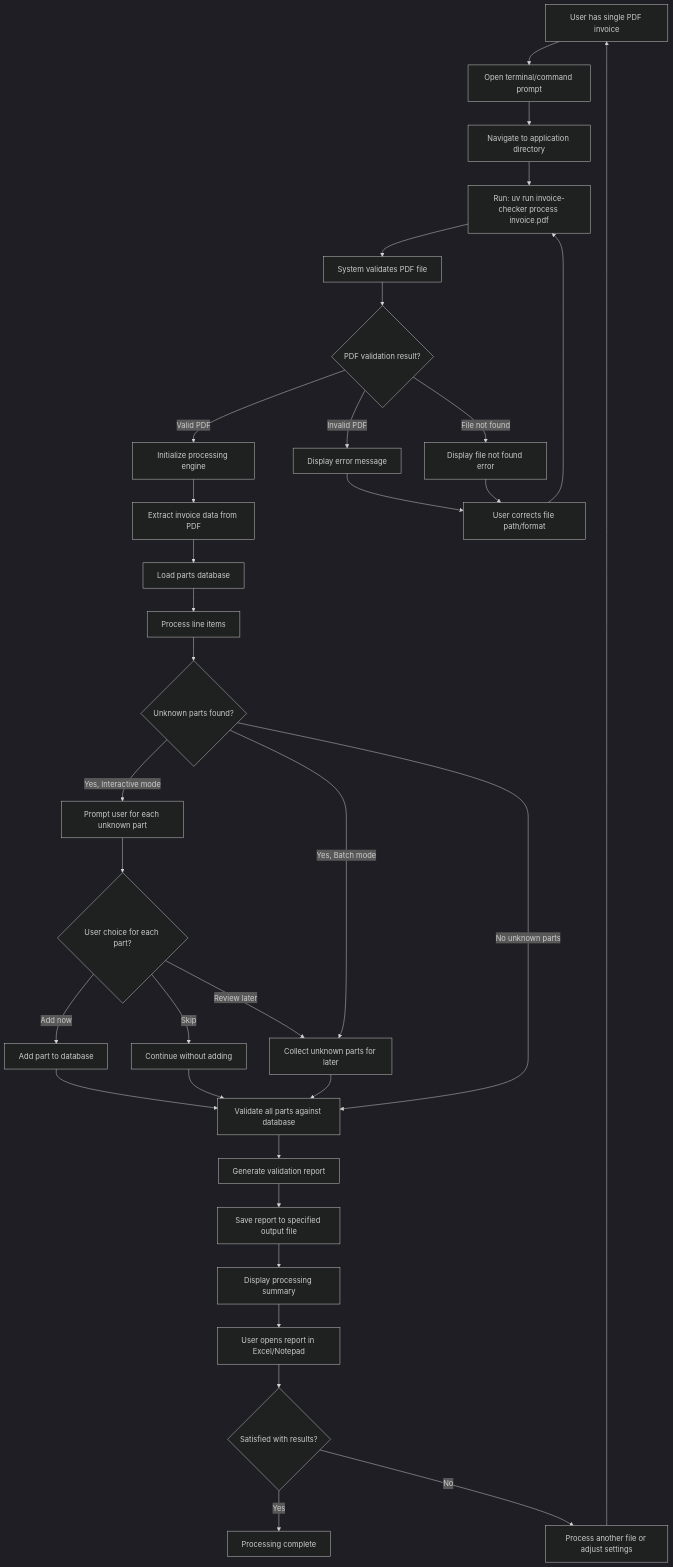
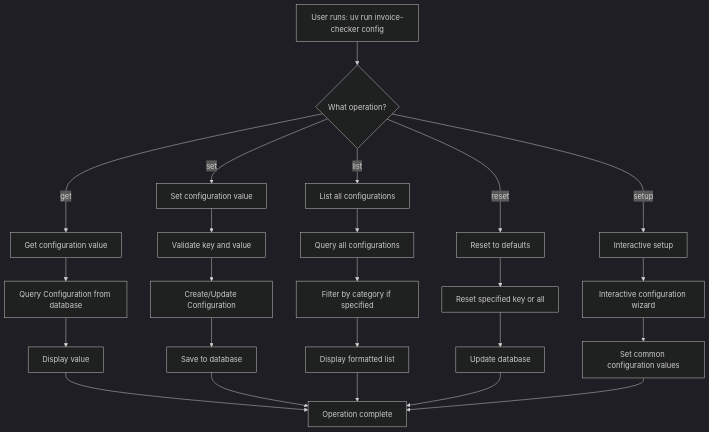
The sixth of 7 diagrams in docs/USER_FLOWS.md (Nuosis/invoice_line_cost_detection), drawn with Mermaid (dark theme) before and after one commit. The commit also changed other lines of this file and 71 other files, not shown here.

````diff
--- a/docs/USER_FLOWS.md
+++ b/docs/USER_FLOWS.md
@@ -228,44 +203,32 @@
 ```mermaid
 flowchart TD
-    A[User has single PDF invoice] --> B[Open terminal/command prompt]
-    B --> C[Navigate to application directory]
-    C --> D[Run: uv run invoice-checker process invoice.pdf]
-    D --> E[System validates PDF file]
-    E --> F{PDF validation result?}
+    A[User runs: uv run invoice-checker config] --> B{What operation?}
     
-    F -->|Valid PDF| G[Initialize processing engine]
-    F -->|Invalid PDF| H[Display error message]
-    F -->|File not found| I[Display file not found error]
+    B -->|get| C[Get configuration value]
+    B -->|set| D[Set configuration value]
+    B -->|list| E[List all configurations]
+    B -->|reset| F[Reset to defaults]
+    B -->|setup| G[Interactive setup]
     
-    H --> J[User corrects file path/format]
-    I --> J
-    J --> D
+    C --> C1[Query Configuration from database]
+    C1 --> C2[Display value]
+    C2 --> H[Operation complete]
     
-    G --> K[Extract invoice data from PDF]
-    K --> L[Load parts database]
-    L --> M[Process line items]
-    M --> N{Unknown parts found?}
+    D --> D1[Validate key and value]
+    D1 --> D2[Create/Update Configuration]
+    D2 --> D3[Save to database]
+    D3 --> H
     
-    N -->|Yes, Interactive mode| O[Prompt user for each unknown part]
-    N -->|Yes, Batch mode| P[Collect unknown parts for later]
-    N -->|No unknown parts| Q[Validate all parts against database]
+    E --> E1[Query all configurations]
+    E1 --> E2[Filter by category if specified]
+    E2 --> E3[Display formatted list]
+    E3 --> H
     
-    O --> O1{User choice for each part?}
-    O1 -->|Add now| O2[Add part to database]
-    O1 -->|Skip| O3[Continue without adding]
-    O1 -->|Review later| P
+    F --> F1[Reset specified key or all]
+    F1 --> F2[Update database]
+    F2 --> H
     
-    O2 --> Q
-    O3 --> Q
-    P --> Q
-    
-    Q --> R[Generate validation report]
-    R --> S[Save report to specified output file]
-    S --> T[Display processing summary]
-    T --> U[User opens report in Excel/Notepad]
-    
-    U --> V{Satisfied with results?}
-    V -->|Yes| W[Processing complete]
-    V -->|No| X[Process another file or adjust settings]
-    X --> A
+    G --> G1[Interactive configuration wizard]
+    G1 --> G2[Set common configuration values]
+    G2 --> H
 ```
````
